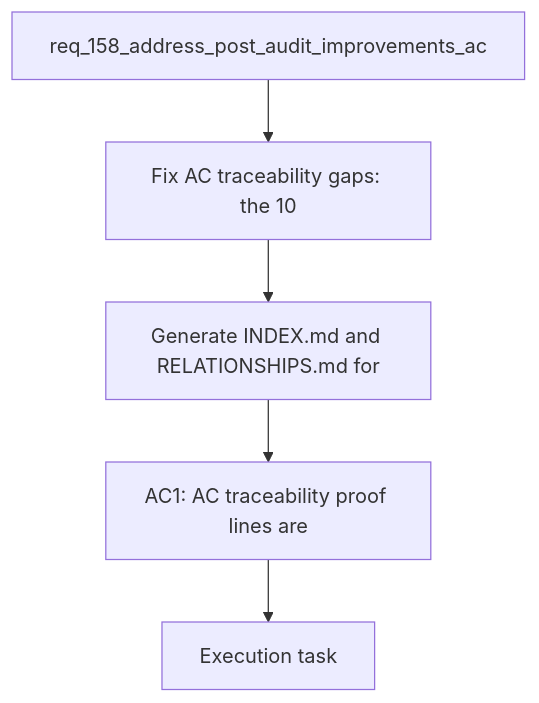
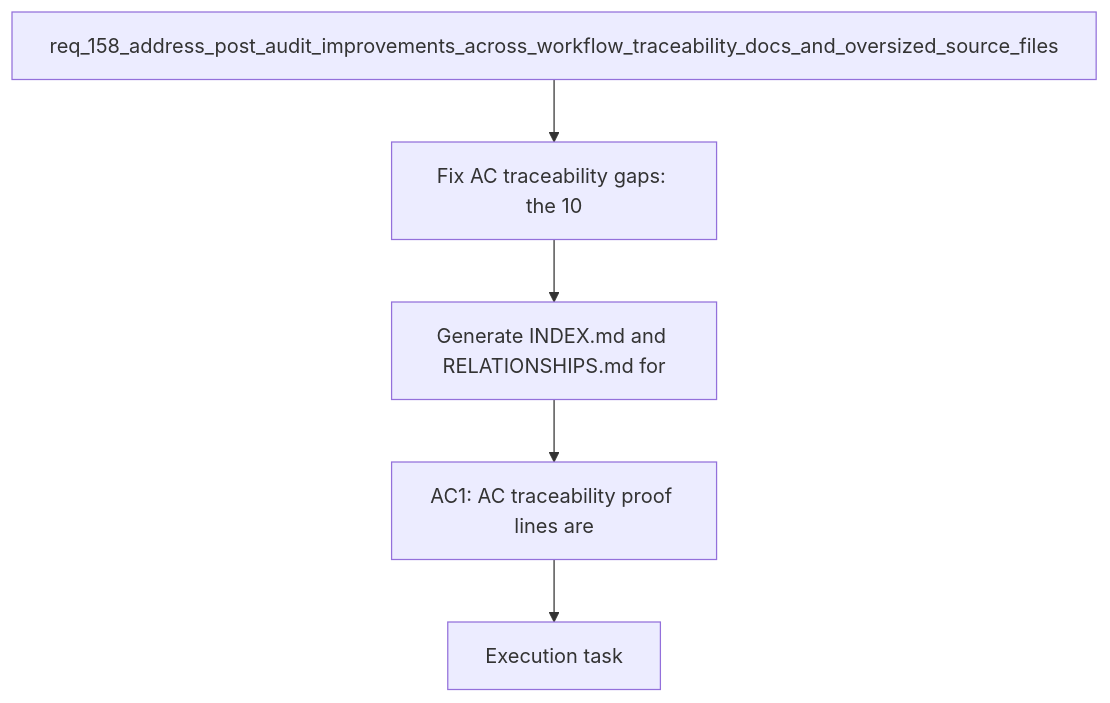
One commit to AlexAgo83/logics-manager changed the diagram in logics/backlog/item_286_generate_index_md_and_relationships_md_for_the_logics_doc_corpus.md. Above: the diagram before and after it, drawn with Mermaid. The commit also changed other lines of this file and 29 other files, not shown here.

````diff
--- a/logics/backlog/item_286_generate_index_md_and_relationships_md_for_the_logics_doc_corpus.md
+++ b/logics/backlog/item_286_generate_index_md_and_relationships_md_for_the_logics_doc_corpus.md
@@ -27,9 +27,9 @@
 ```mermaid
 %% logics-kind: backlog
 %% logics-signature: backlog|generate-index-md-and-relationships-md-f|req-158-address-post-audit-improvements-|fix-ac-traceability-gaps-the-10|ac1-ac-traceability-proof-lines-are
 flowchart TD
-    Request[req_158_address_post_audit_improvements_ac] --> Problem[Fix AC traceability gaps: the 10]
+    Request[req_158_address_post_audit_improvements_across_workflow_traceability_docs_and_oversized_source_files] --> Problem[Fix AC traceability gaps: the 10]
     Problem --> Scope[Generate INDEX.md and RELATIONSHIPS.md for]
     Scope --> Acceptance[AC1: AC traceability proof lines are]
     Acceptance --> Tasks[Execution task]
 ```
````
